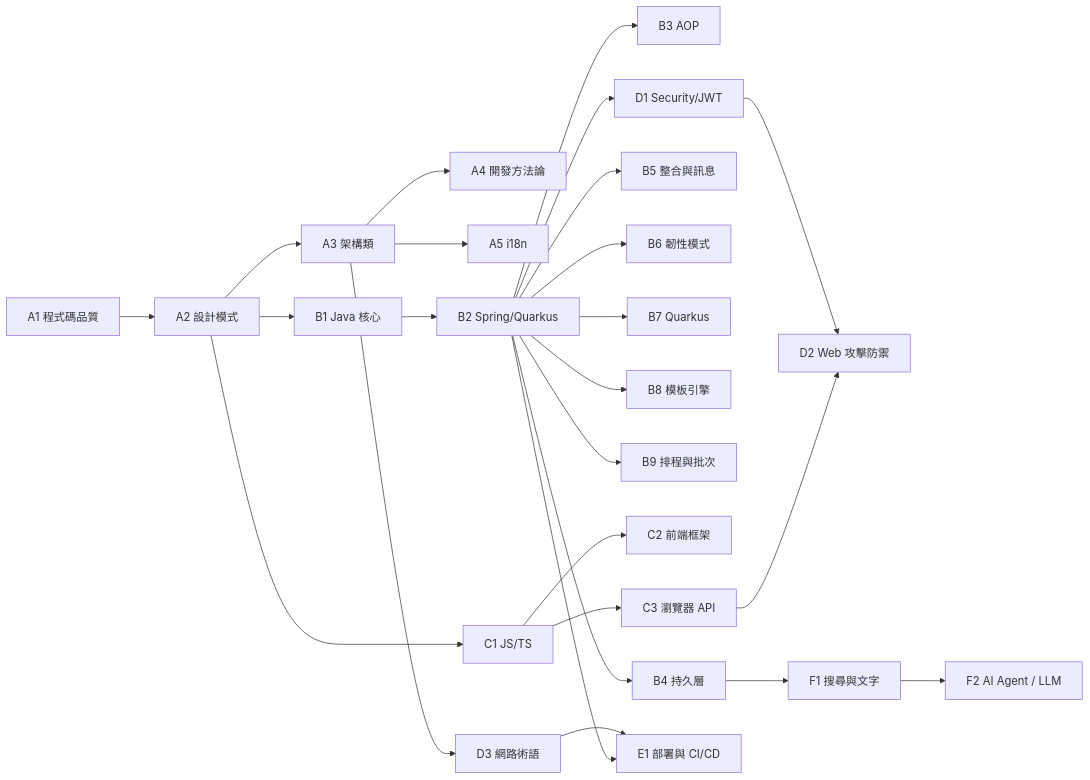
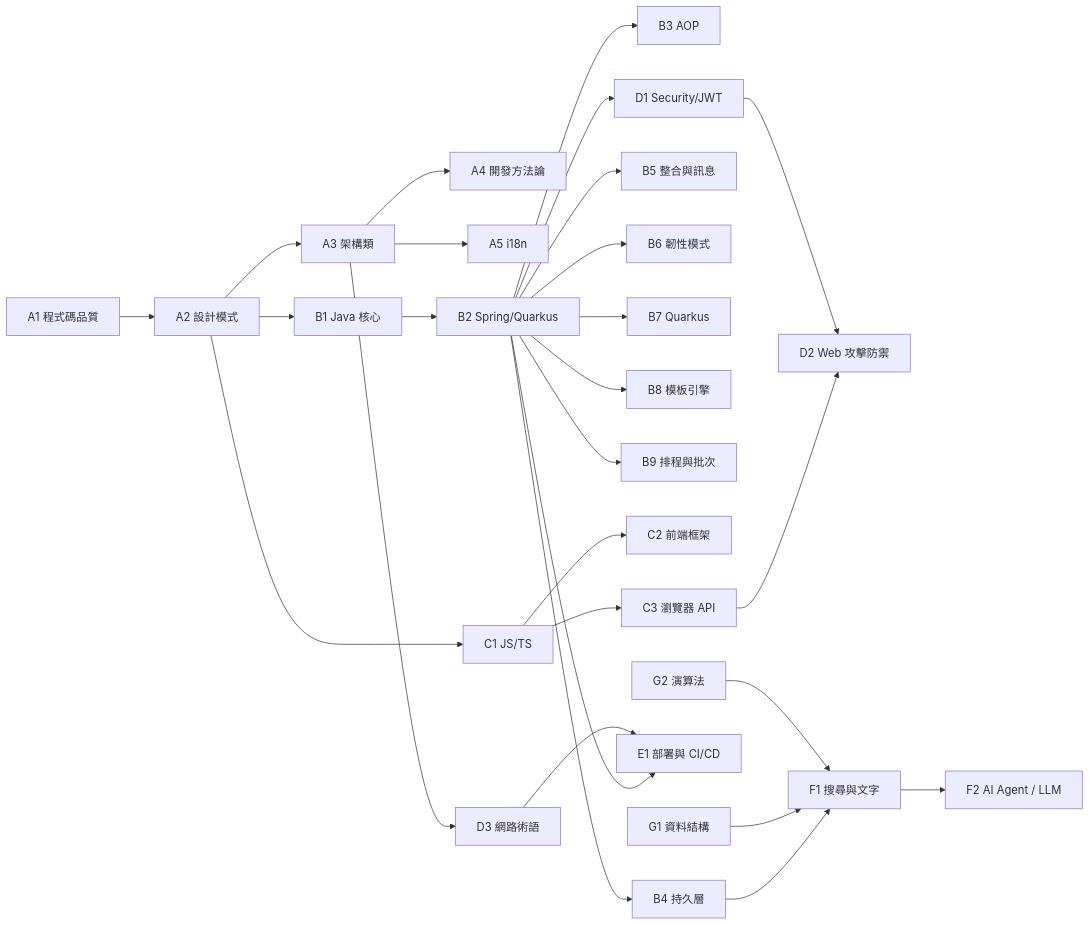
The diagram in README.md (Ryan-Lan-c/Glossary), drawn with Mermaid before and after one commit. The commit also changed other lines of this file, not shown here.

First line of the commit message:
docs(general): README 同步 G 分區索引、Mermaid 與變更歷程 2.4.0

````diff
--- a/README.md
+++ b/README.md
@@ -83,32 +90,34 @@
 ```mermaid
 flowchart LR
     A1[A1 程式碼品質] --> A2[A2 設計模式]
     A2 --> A3[A3 架構類]
     A3 --> A4[A4 開發方法論]
     A3 --> A5[A5 i18n]
 
     A2 --> B1[B1 Java 核心]
     B1 --> B2[B2 Spring/Quarkus]
     B2 --> B3[B3 AOP]
     B2 --> B4[B4 持久層]
     B2 --> B5[B5 整合與訊息]
     B2 --> B6[B6 韌性模式]
     B2 --> B7[B7 Quarkus]
     B2 --> B8[B8 模板引擎]
     B2 --> B9[B9 排程與批次]
 
     A2 --> C1[C1 JS/TS]
     C1 --> C2[C2 前端框架]
     C1 --> C3[C3 瀏覽器 API]
 
     B2 --> D1[D1 Security/JWT]
     C3 --> D2[D2 Web 攻擊防禦]
     D1 --> D2
     A3 --> D3[D3 網路術語]
 
     B2 --> E1[E1 部署與 CI/CD]
     D3 --> E1
 
     B4 --> F1[F1 搜尋與文字]
+    G1[G1 資料結構] --> F1
+    G2[G2 演算法] --> F1
     F1 --> F2[F2 AI Agent / LLM]
 ```
````
